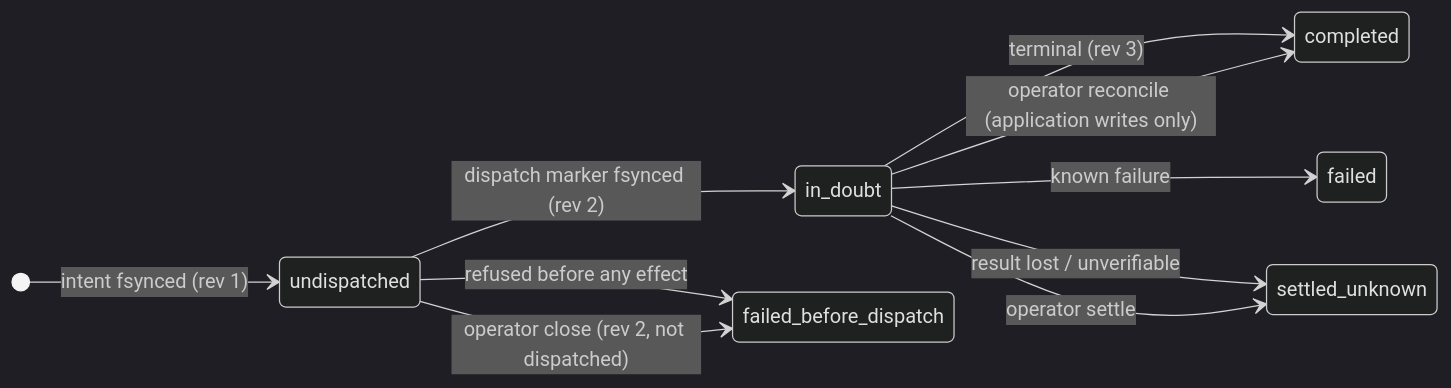
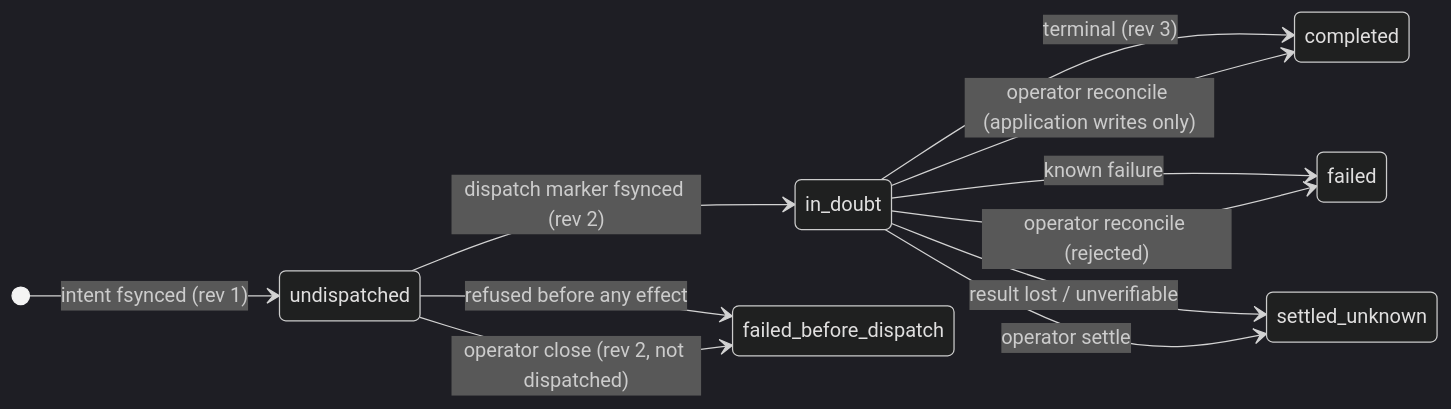
Before and after one commit to anvai-labs/agentbrowser: the diagram in docs/operations.md, drawn with Mermaid (dark theme). The commit also changed 6 other files, not shown here.

````diff
--- a/docs/operations.md
+++ b/docs/operations.md
@@ -125,13 +125,14 @@
 ```mermaid
 stateDiagram-v2
     direction LR
     [*] --> undispatched: intent fsynced (rev 1)
     undispatched --> in_doubt: dispatch marker fsynced (rev 2)
     undispatched --> failed_before_dispatch: refused before any effect
     in_doubt --> completed: terminal (rev 3)
     in_doubt --> failed: known failure
     in_doubt --> settled_unknown: result lost / unverifiable
     undispatched --> failed_before_dispatch: operator close (rev 2, not dispatched)
     in_doubt --> settled_unknown: operator settle
     in_doubt --> completed: operator reconcile (application writes only)
+    in_doubt --> failed: operator reconcile (rejected)
 ```
````
